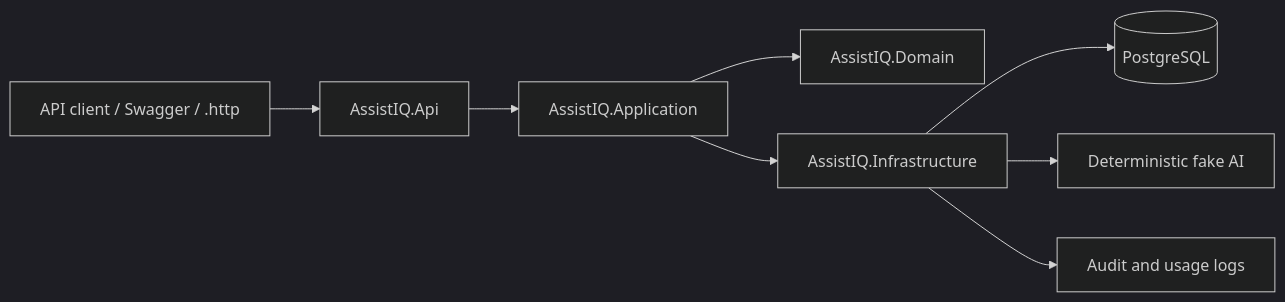
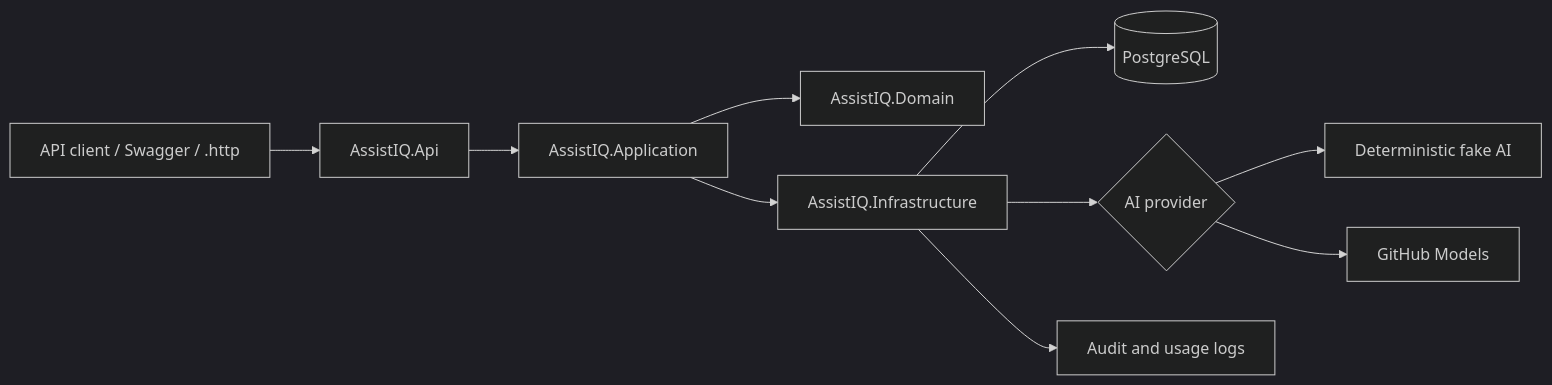
One commit to duygri/AssistIQ changed the diagram in README.md. Above: the diagram before and after it, drawn with Mermaid (dark theme). The commit also changed other lines of this file and 24 other files, not shown here.

Commit message:
feat: add zero-budget GitHub Models provider

````diff
--- a/README.md
+++ b/README.md
@@ -22,10 +23,12 @@
 ```mermaid
 flowchart LR
     Client[API client / Swagger / .http] --> Api[AssistIQ.Api]
     Api --> App[AssistIQ.Application]
     App --> Domain[AssistIQ.Domain]
     App --> Infra[AssistIQ.Infrastructure]
     Infra --> Db[(PostgreSQL)]
-    Infra --> FakeAi[Deterministic fake AI]
+    Infra --> Ai{AI provider}
+    Ai --> FakeAi[Deterministic fake AI]
+    Ai --> GitHubModels[GitHub Models]
     Infra --> Audit[Audit and usage logs]
 ```
````
